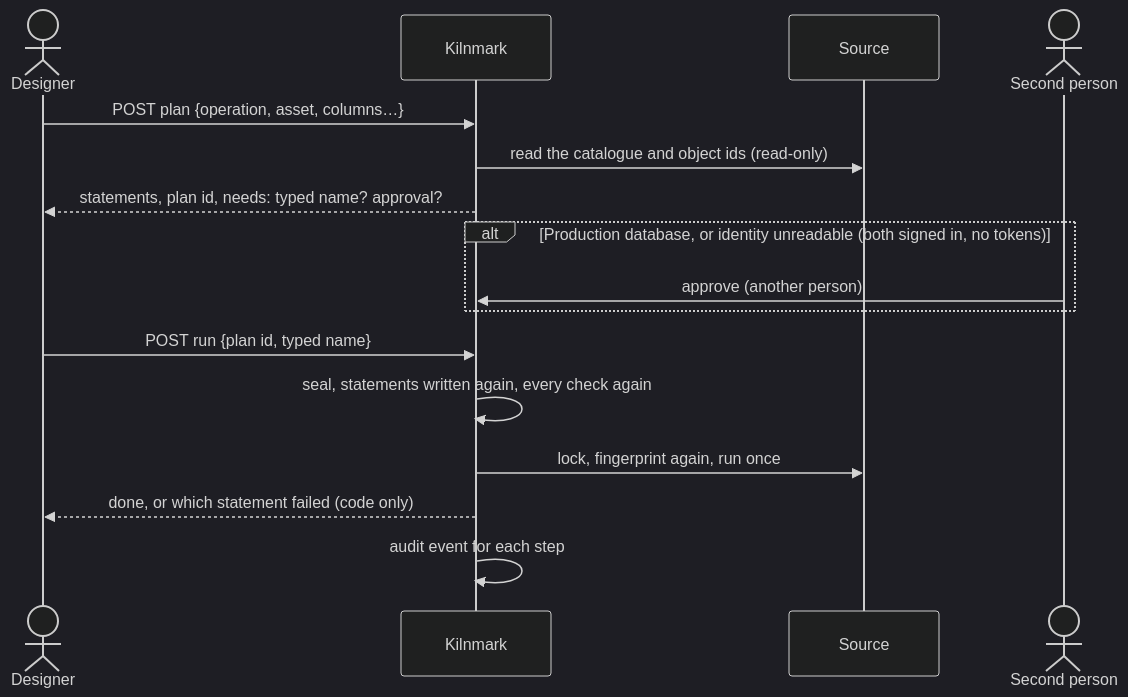
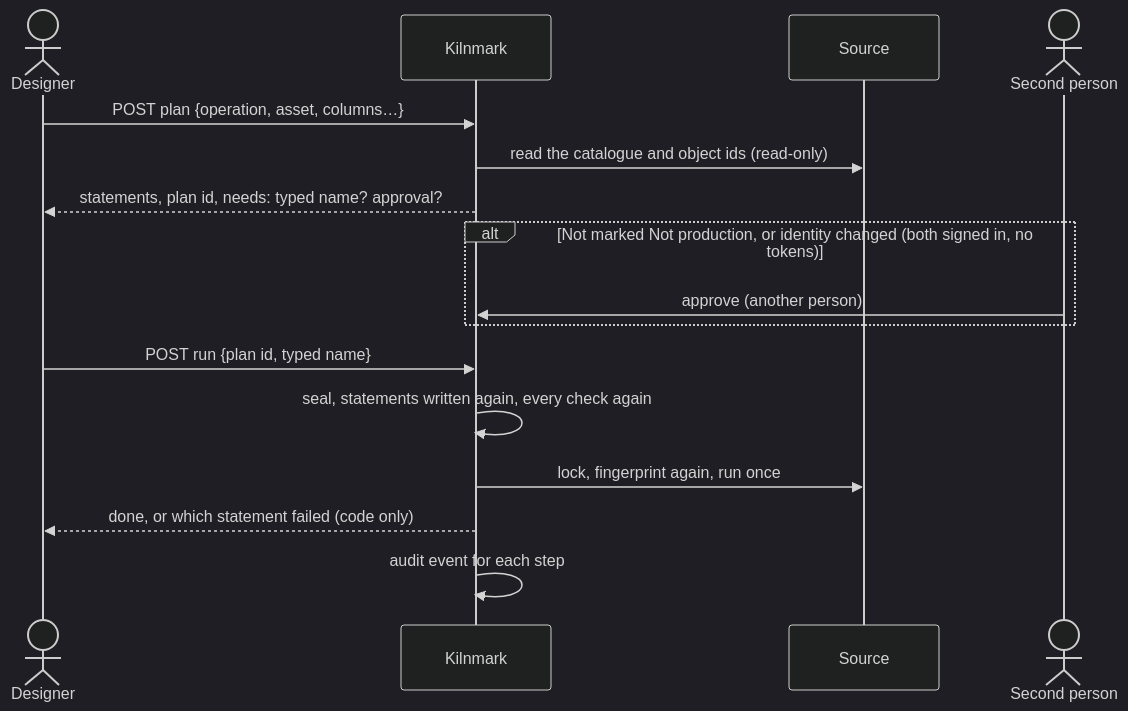
The second of 2 diagrams in docs/design/database-tools.md (jporeilly/KilnMark), drawn with Mermaid (dark theme) before and after one commit. The commit also changed other lines of this file and 2 other files, not shown here.

First line of the commit message:
ADR 0045: third review - approval by default, Not production by mark

````diff
--- a/docs/design/database-tools.md
+++ b/docs/design/database-tools.md
@@ -149,18 +149,18 @@
 ```mermaid
 sequenceDiagram
   actor D as Designer
   participant K as Kilnmark
   participant DB as Source
   actor A as Second person
   D->>K: POST plan {operation, asset, columns…}
   K->>DB: read the catalogue and object ids (read-only)
   K-->>D: statements, plan id, needs: typed name? approval?
-  alt Production database, or identity unreadable (both signed in, no tokens)
+  alt Not marked Not production, or identity changed (both signed in, no tokens)
     A->>K: approve (another person)
   end
   D->>K: POST run {plan id, typed name}
   K->>K: seal, statements written again, every check again
   K->>DB: lock, fingerprint again, run once
   K-->>D: done, or which statement failed (code only)
   K->>K: audit event for each step
 ```
````
